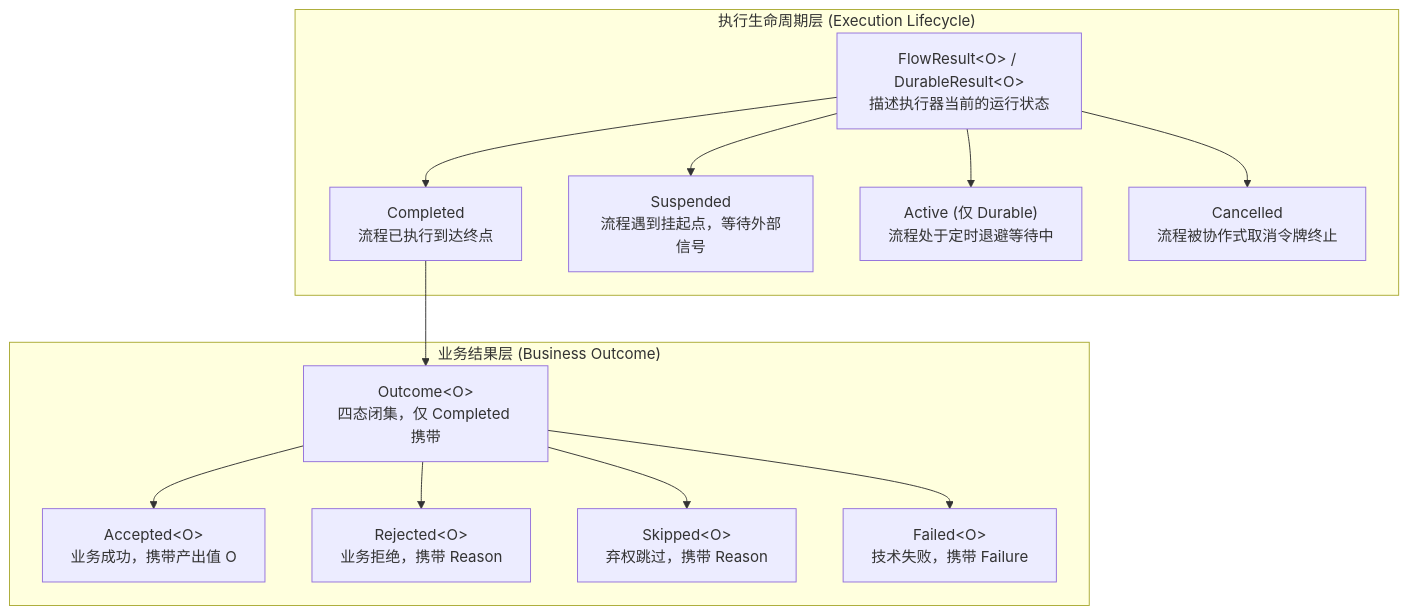
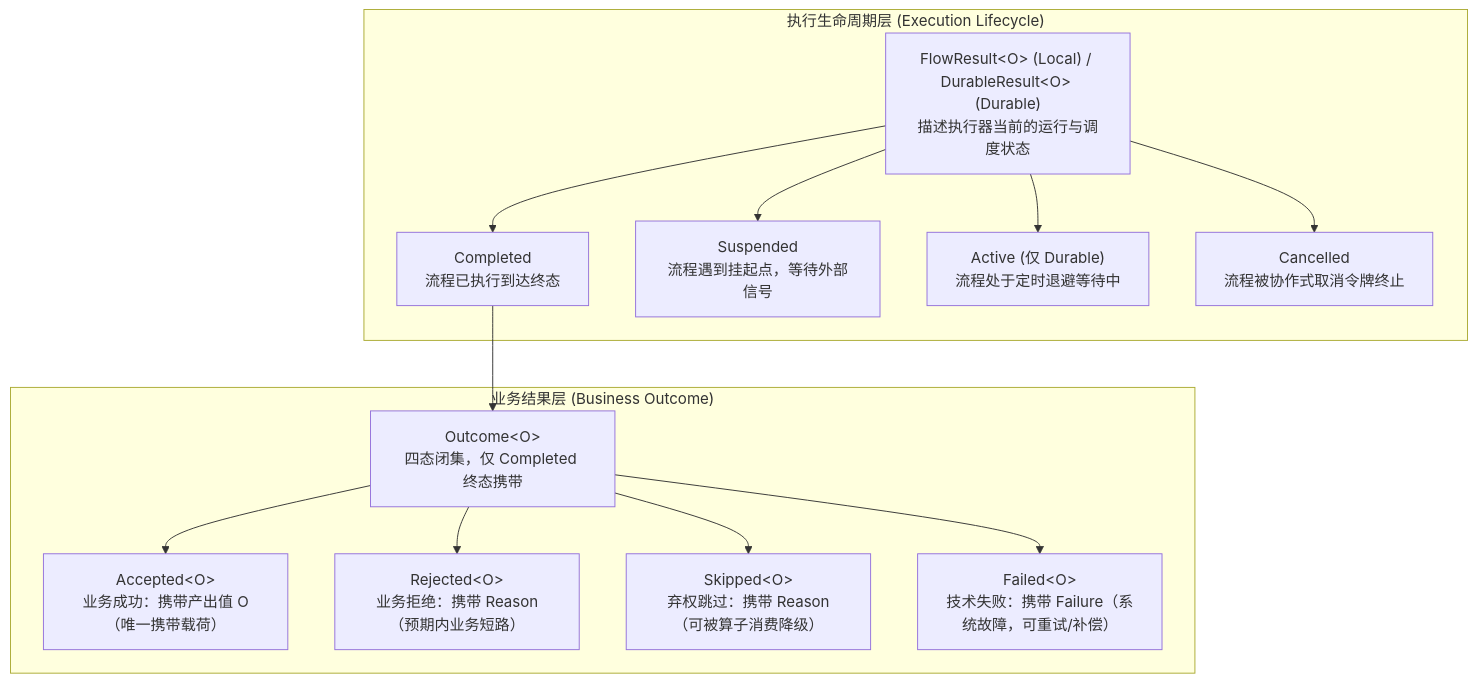
Before and after one commit to team4u/team4u-framework: the first of 2 diagrams in docs/flow/flow-outcome.md, drawn with Mermaid. The commit also changed other lines of this file and 21 other files, not shown here.

Commit message:
docs(flow): deepen technical documentation across core, governance, durable, and testing

````diff
--- a/docs/flow/flow-outcome.md
+++ b/docs/flow/flow-outcome.md
@@ -13,26 +17,26 @@
 ```mermaid
 graph TD
     subgraph "执行生命周期层 (Execution Lifecycle)"
-        FR["FlowResult&lt;O&gt; / DurableResult&lt;O&gt;<br/>描述执行器当前的运行状态"]
-        C["Completed<br/>流程已执行到达终点"]
+        FR["FlowResult&lt;O&gt; (Local) / DurableResult&lt;O&gt; (Durable)<br/>描述执行器当前的运行与调度状态"]
+        C["Completed<br/>流程已执行到达终态"]
         S["Suspended<br/>流程遇到挂起点，等待外部信号"]
         A["Active (仅 Durable)<br/>流程处于定时退避等待中"]
         X["Cancelled<br/>流程被协作式取消令牌终止"]
         FR --> C
         FR --> S
         FR --> A
         FR --> X
     end
 
     subgraph "业务结果层 (Business Outcome)"
-        C --> OUT["Outcome&lt;O&gt;<br/>四态闭集，仅 Completed 携带"]
-        AC["Accepted&lt;O&gt;<br/>业务成功，携带产出值 O"]
-        RJ["Rejected&lt;O&gt;<br/>业务拒绝，携带 Reason"]
-        SK["Skipped&lt;O&gt;<br/>弃权跳过，携带 Reason"]
-        FA["Failed&lt;O&gt;<br/>技术失败，携带 Failure"]
+        C --> OUT["Outcome&lt;O&gt;<br/>四态闭集，仅 Completed 终态携带"]
+        AC["Accepted&lt;O&gt;<br/>业务成功：携带产出值 O（唯一携带载荷）"]
+        RJ["Rejected&lt;O&gt;<br/>业务拒绝：携带 Reason（预期内业务短路）"]
+        SK["Skipped&lt;O&gt;<br/>弃权跳过：携带 Reason（可被算子消费降级）"]
+        FA["Failed&lt;O&gt;<br/>技术失败：携带 Failure（系统故障，可重试/补偿）"]
         OUT --> AC
         OUT --> RJ
         OUT --> SK
         OUT --> FA
     end
 ```
````
